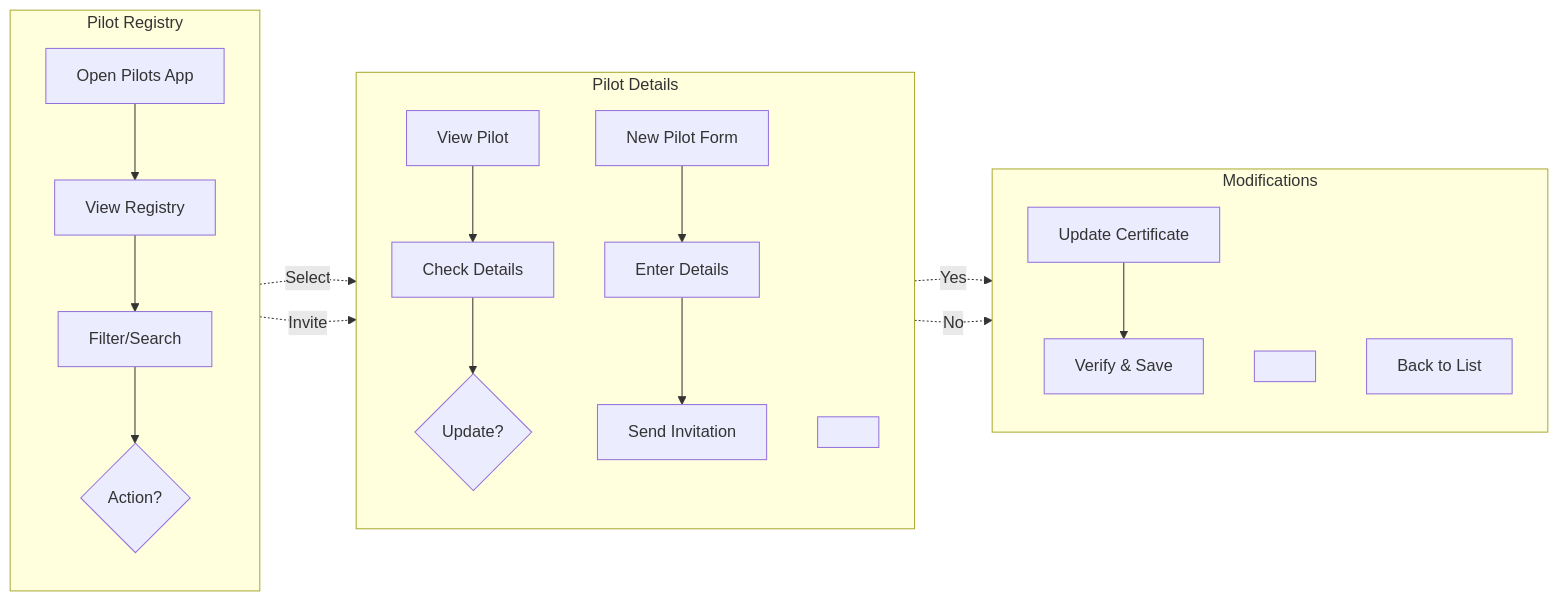
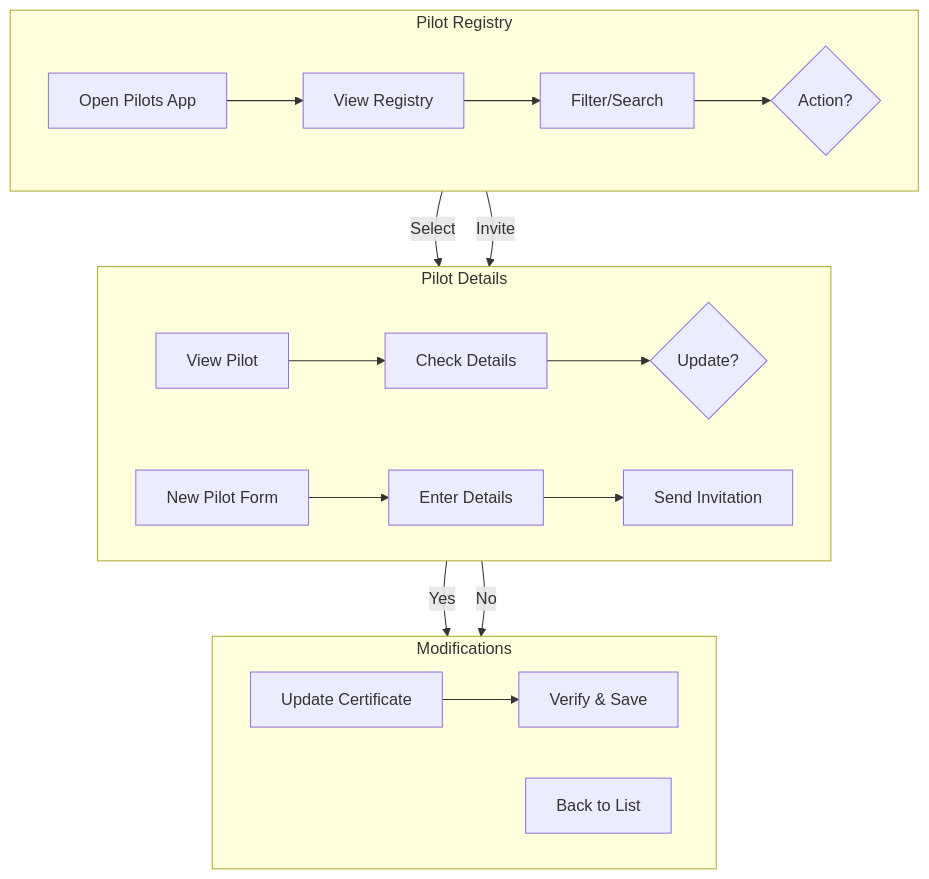
Before and after one commit to RoundRobinHood/cogniflight-cloud: the eighth of 10 diagrams in docs/SEN3781_Assignment4_Information_Architecture_Report.md, drawn with Mermaid. The commit also changed other lines of this file, not shown here.

Commit message:
improved diagram readability

````diff
--- a/docs/SEN3781_Assignment4_Information_Architecture_Report.md
+++ b/docs/SEN3781_Assignment4_Information_Architecture_Report.md
@@ -434,27 +405,21 @@
 ```mermaid
-flowchart LR
+flowchart TB
     subgraph s1["Pilot Registry"]
-        direction TB
-        A[Open Pilots App] --> B[View Registry]
-        B --> C[Filter/Search]
-        C --> D{Action?}
+        direction LR
+        A[Open Pilots App] --> B[View Registry] --> C[Filter/Search] --> D{Action?}
     end
     subgraph s2["Pilot Details"]
-        direction TB
-        E[View Pilot] --> G[Check Details]
-        G --> H{Update?}
-        space1[" "]
-        F[New Pilot Form] --> L[Enter Details]
-        L --> M[Send Invitation]
+        direction LR
+        E[View Pilot] --> G[Check Details] --> H{Update?}
+        F[New Pilot Form] --> L[Enter Details] --> M[Send Invitation]
     end
     subgraph s3["Modifications"]
-        direction TB
+        direction LR
         I[Update Certificate] --> K[Verify & Save]
-        space2[" "]
         J[Back to List]
     end
-    D -.->|Select| E
-    D -.->|Invite| F
-    H -.->|Yes| I
-    H -.->|No| J
+    D -->|Select| E
+    D -->|Invite| F
+    H -->|Yes| I
+    H -->|No| J
 ```
````
